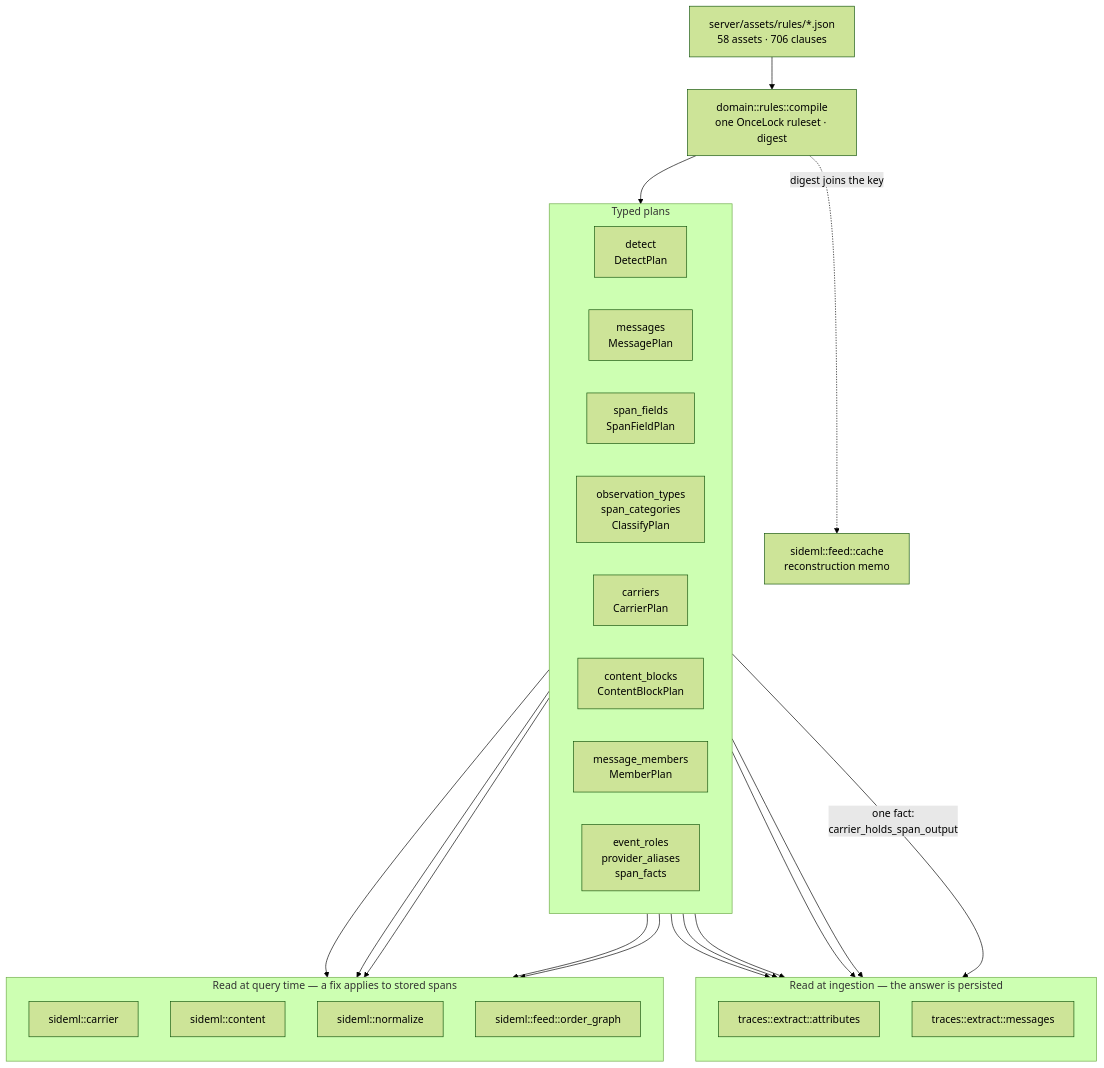
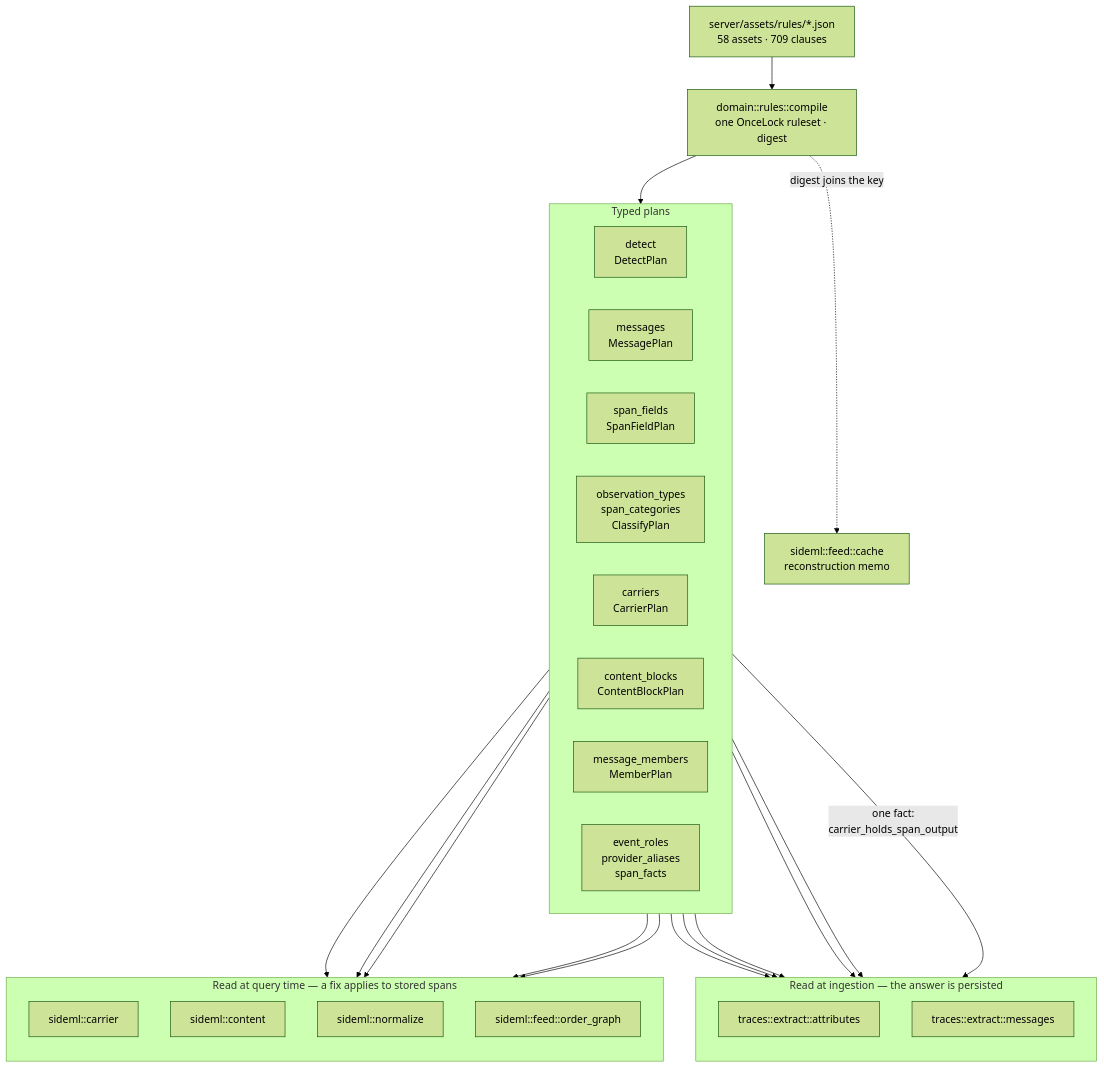
One commit to sideseat/sideseat changed the first of 7 diagrams in docs/engineering/architecture-diagrams.md. Above: the diagram before and after it, drawn with Mermaid (forest theme). The commit also changed 87 other files, not shown here.

````diff
--- a/docs/engineering/architecture-diagrams.md
+++ b/docs/engineering/architecture-diagrams.md
@@ -18,47 +18,47 @@
 ```mermaid
 flowchart TB
-    assets["server/assets/rules/*.json<br/>58 assets · 706 clauses"]
+    assets["server/assets/rules/*.json<br/>58 assets · 709 clauses"]
     compile["domain::rules::compile<br/>one OnceLock ruleset · digest"]
     assets --> compile
 
     subgraph plans["Typed plans"]
         direction LR
         detect["detect<br/>DetectPlan"]
         messages["messages<br/>MessagePlan"]
         fields["span_fields<br/>SpanFieldPlan"]
         classify["observation_types<br/>span_categories<br/>ClassifyPlan"]
         carriers["carriers<br/>CarrierPlan"]
         blocks["content_blocks<br/>ContentBlockPlan"]
         members["message_members<br/>MemberPlan"]
         roles["event_roles<br/>provider_aliases<br/>span_facts"]
     end
     compile --> plans
 
     subgraph ingest["Read at ingestion — the answer is persisted"]
         direction TB
         attrs["traces::extract::attributes"]
         msgs["traces::extract::messages"]
     end
 
     subgraph query["Read at query time — a fix applies to stored spans"]
         direction TB
         carrier["sideml::carrier"]
         content["sideml::content"]
         normalize["sideml::normalize"]
         order["sideml::feed::order_graph"]
     end
 
     detect --> attrs
     fields --> attrs
     classify --> attrs
     roles --> attrs
     messages --> msgs
     carriers -->|"one fact:<br/>carrier_holds_span_output"| msgs
     carriers --> carrier
     carriers --> order
     blocks --> content
     members --> content
     roles --> normalize
 
     compile -. "digest joins the key" .-> cache["sideml::feed::cache<br/>reconstruction memo"]
 ```
````
